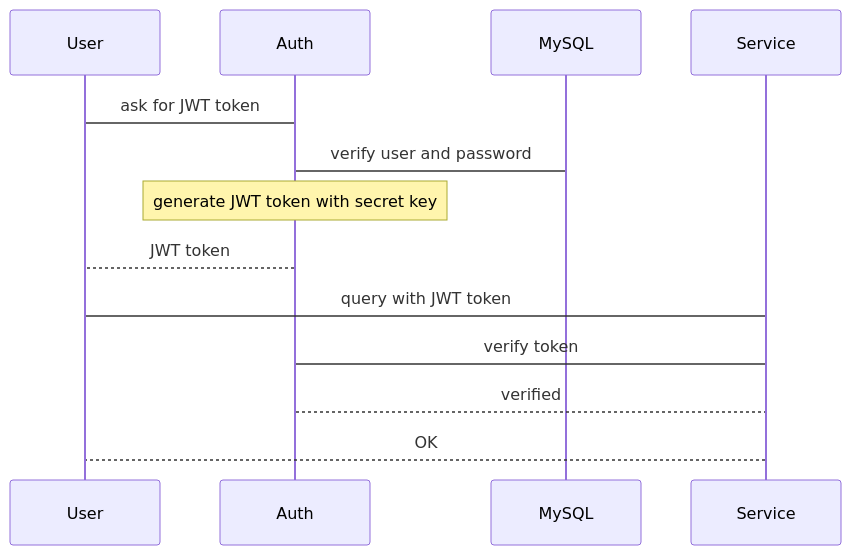
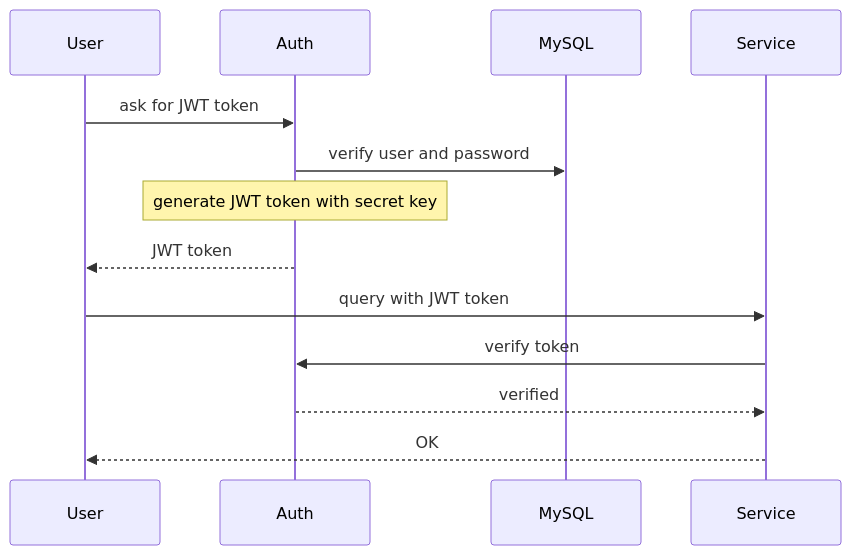
One commit to CheHsuan/backend101 changed the first of 2 diagrams in design/scenario/security/auth/JWT 產生以及驗證.md. Above: the diagram before and after it, drawn with Mermaid. The commit also changed other lines of this file, not shown here.

Commit message:
Update JWT 產生以及驗證.md

````diff
--- a/design/scenario/security/auth/JWT 產生以及驗證.md
+++ b/design/scenario/security/auth/JWT 產生以及驗證.md
@@ -43,11 +43,11 @@
 ``` mermaid
 sequenceDiagram
-User->Auth: ask for JWT token
-Auth->MySQL: verify user and password
+User->>Auth: ask for JWT token
+Auth->>MySQL: verify user and password
 Note over Auth: generate JWT token with secret key
-Auth-->User: JWT token
-User->Service: query with JWT token
-Service->Auth: verify token
-Auth-->Service: verified
-Service-->User: OK
+Auth-->>User: JWT token
+User->>Service: query with JWT token
+Service->>Auth: verify token
+Auth-->>Service: verified
+Service-->>User: OK
 ```
````
